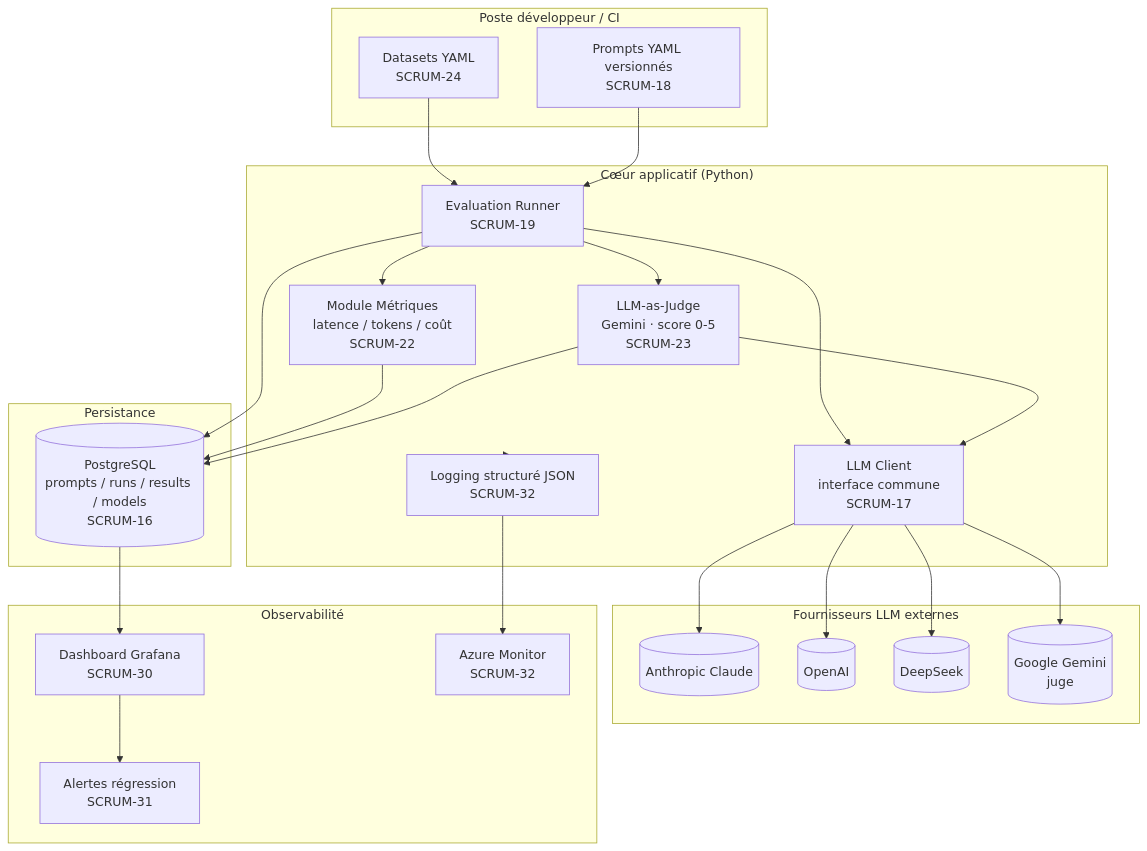
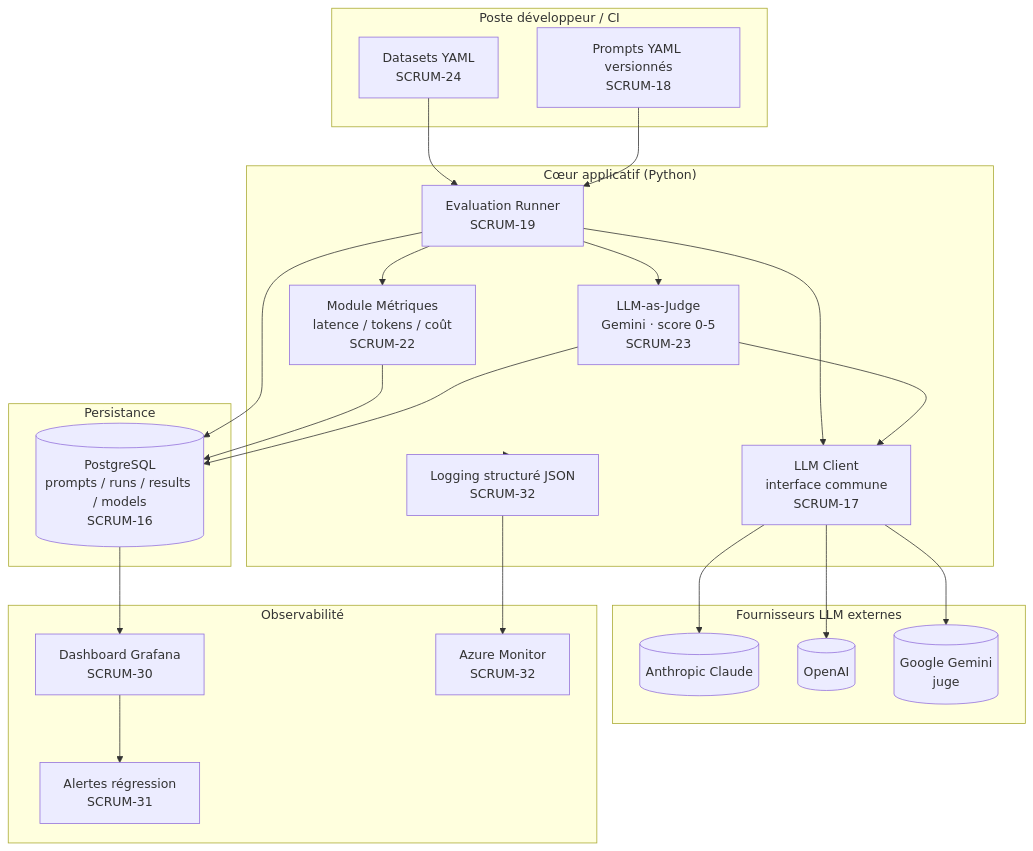
The first of 3 diagrams in docs/ARCHITECTURE.md (CanadiensCoupe2025/LLM-Comparison), drawn with Mermaid before and after one commit. The commit also changed other lines of this file and 14 other files, not shown here.

First line of the commit message:
feat: Remove DeepSeek support and related components

````diff
--- a/docs/ARCHITECTURE.md
+++ b/docs/ARCHITECTURE.md
@@ -67,50 +67,48 @@
 ```mermaid
 flowchart TB
     subgraph Dev["Poste développeur / CI"]
         DS[Datasets YAML<br/>SCRUM-24]
         PR[Prompts YAML versionnés<br/>SCRUM-18]
     end
 
     subgraph Core["Cœur applicatif (Python)"]
         RUN[Evaluation Runner<br/>SCRUM-19]
         LLM[LLM Client<br/>interface commune<br/>SCRUM-17]
         MET[Module Métriques<br/>latence / tokens / coût<br/>SCRUM-22]
         JUDGE[LLM-as-Judge<br/>Gemini · score 0-5<br/>SCRUM-23]
         LOG[Logging structuré JSON<br/>SCRUM-32]
     end
 
     subgraph Providers["Fournisseurs LLM externes"]
         CLAUDE[(Anthropic Claude)]
         OPENAI[(OpenAI)]
-        DEEPSEEK[(DeepSeek)]
         GEMINI[(Google Gemini<br/>juge)]
     end
 
     subgraph Data["Persistance"]
         PG[(PostgreSQL<br/>prompts / runs / results / models<br/>SCRUM-16)]
     end
 
     subgraph Obs["Observabilité"]
         GRAF[Dashboard Grafana<br/>SCRUM-30]
         ALERT[Alertes régression<br/>SCRUM-31]
         MON[Azure Monitor<br/>SCRUM-32]
     end
 
     DS --> RUN
     PR --> RUN
     RUN --> LLM
     LLM --> CLAUDE
     LLM --> OPENAI
-    LLM --> DEEPSEEK
     LLM --> GEMINI
     RUN --> MET
     RUN --> JUDGE
     JUDGE --> LLM
     RUN --> PG
     MET --> PG
     JUDGE --> PG
     PG --> GRAF
     GRAF --> ALERT
     LOG --> MON
     Core --> LOG
 ```
````
